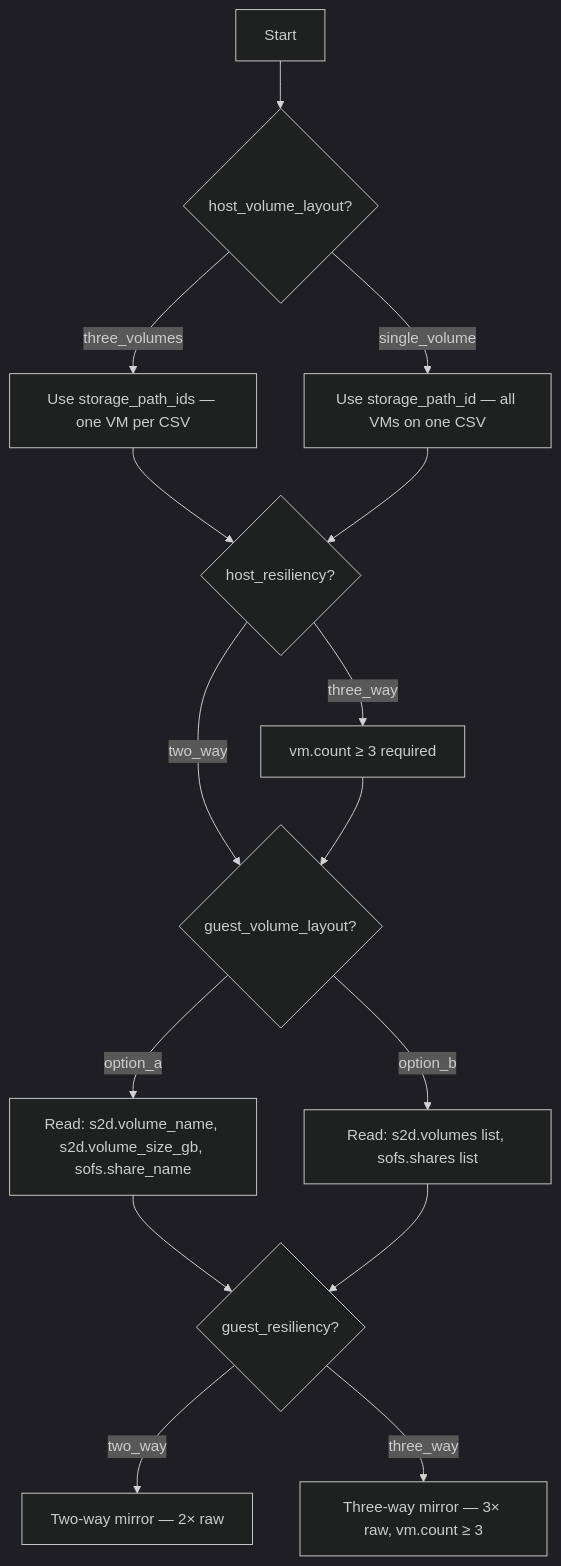
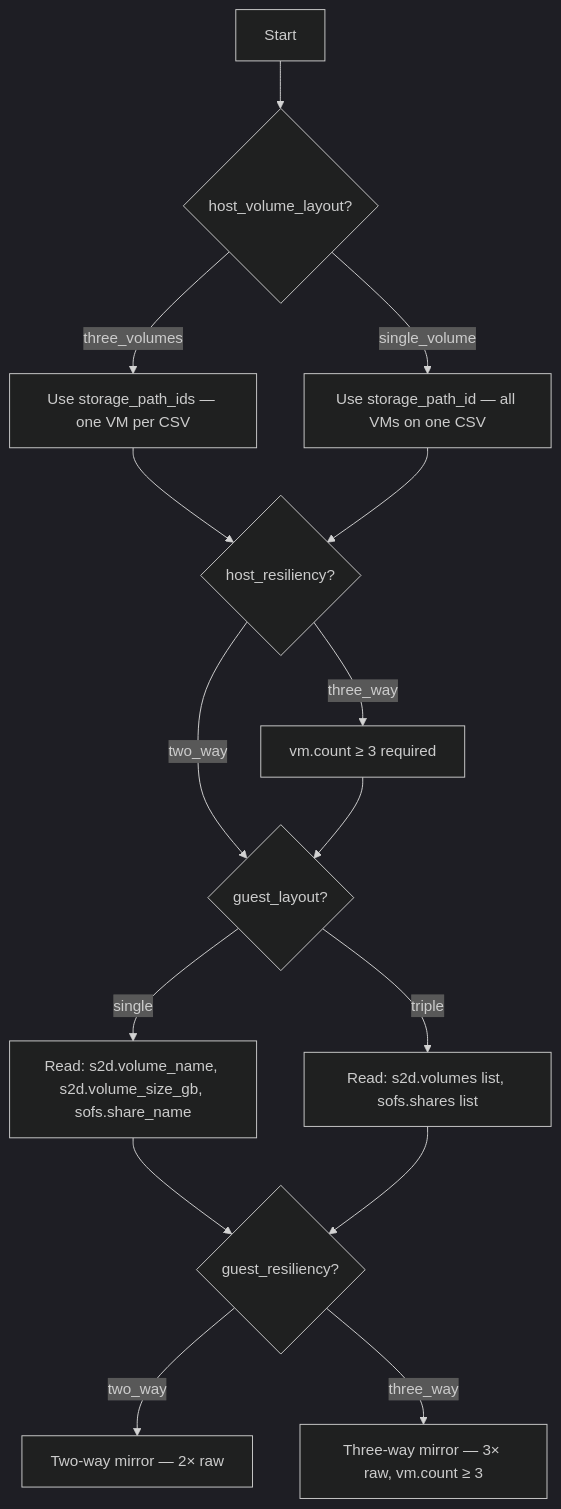
One commit to AzureLocal/azurelocal-sofs-fslogix changed the diagram in docs/reference/variables.md. Above: the diagram before and after it, drawn with Mermaid (dark theme). The commit also changed other lines of this file and 55 other files, not shown here.

````diff
--- a/docs/reference/variables.md
+++ b/docs/reference/variables.md
@@ -33,17 +33,17 @@
 ```mermaid
 flowchart TD
     A[Start] --> B{host_volume_layout?}
     B -->|three_volumes| C[Use storage_path_ids — one VM per CSV]
     B -->|single_volume| D[Use storage_path_id — all VMs on one CSV]
     C --> HR{host_resiliency?}
     D --> HR
-    HR -->|two_way| E{guest_volume_layout?}
+    HR -->|two_way| E{guest_layout?}
     HR -->|three_way| E2["vm.count ≥ 3 required"]
-    E2 --> E{guest_volume_layout?}
-    E -->|option_a| F[Read: s2d.volume_name, s2d.volume_size_gb, sofs.share_name]
-    E -->|option_b| G[Read: s2d.volumes list, sofs.shares list]
+    E2 --> E{guest_layout?}
+    E -->|single| F[Read: s2d.volume_name, s2d.volume_size_gb, sofs.share_name]
+    E -->|triple| G[Read: s2d.volumes list, sofs.shares list]
     F --> GR{guest_resiliency?}
     G --> GR
     GR -->|two_way| I[Two-way mirror — 2× raw]
     GR -->|three_way| J["Three-way mirror — 3× raw, vm.count ≥ 3"]
 ```
````
